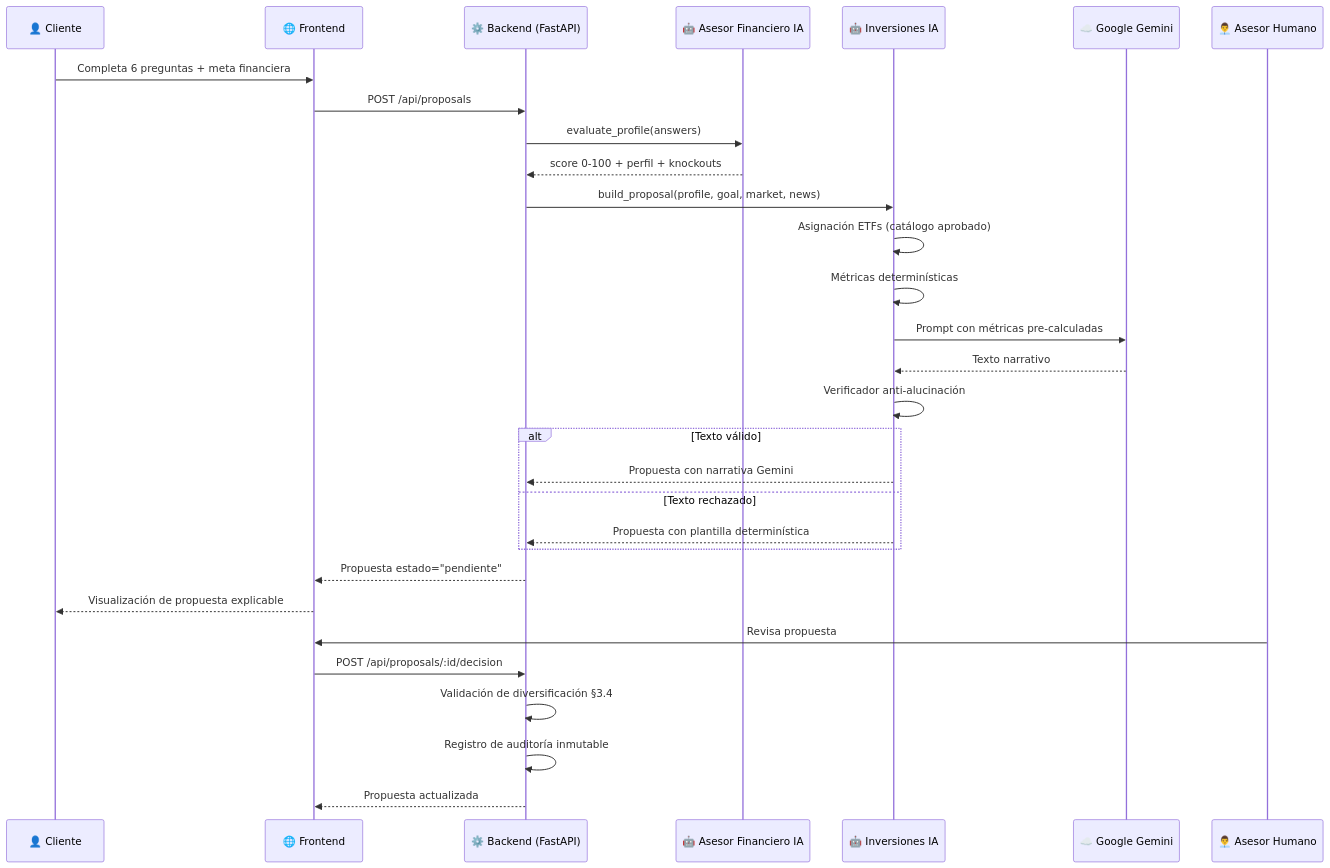
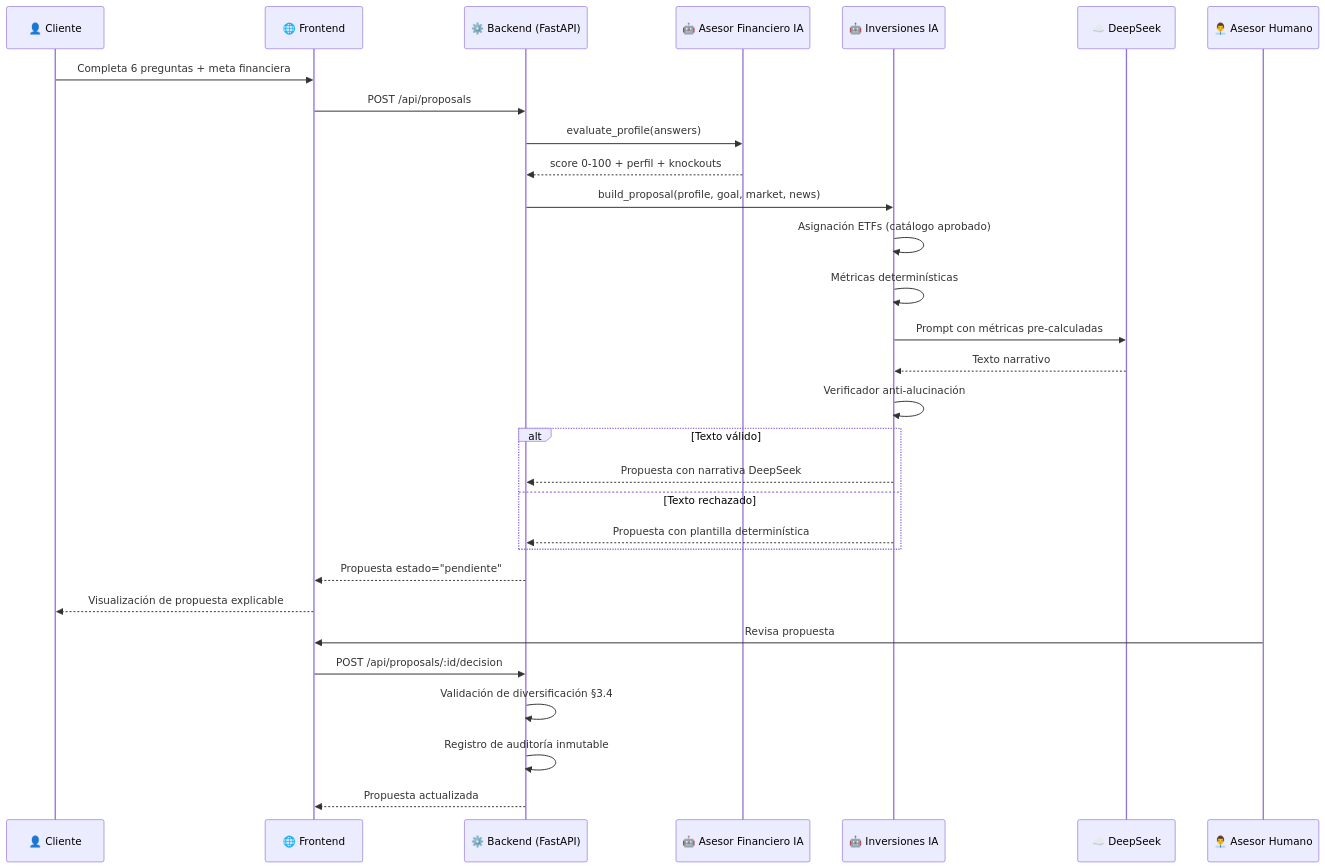
The second of 4 diagrams in DOCUMENTO_EXPLICATIVO.md (marcado993/retoIA-taws), drawn with Mermaid before and after one commit. The commit also changed other lines of this file and 20 other files, not shown here.

````diff
--- a/DOCUMENTO_EXPLICATIVO.md
+++ b/DOCUMENTO_EXPLICATIVO.md
@@ -86,36 +86,36 @@
 ```mermaid
 sequenceDiagram
     participant C as 👤 Cliente
     participant F as 🌐 Frontend
     participant B as ⚙️ Backend (FastAPI)
     participant A1 as 🤖 Asesor Financiero IA
     participant A2 as 🤖 Inversiones IA
-    participant G as ☁️ Google Gemini
+    participant G as ☁️ DeepSeek
     participant H as 👨‍💼 Asesor Humano
 
     C->>F: Completa 6 preguntas + meta financiera
     F->>B: POST /api/proposals
     B->>A1: evaluate_profile(answers)
     A1-->>B: score 0-100 + perfil + knockouts
 
     B->>A2: build_proposal(profile, goal, market, news)
     A2->>A2: Asignación ETFs (catálogo aprobado)
     A2->>A2: Métricas determinísticas
     A2->>G: Prompt con métricas pre-calculadas
     G-->>A2: Texto narrativo
     A2->>A2: Verificador anti-alucinación
     alt Texto válido
-        A2-->>B: Propuesta con narrativa Gemini
+        A2-->>B: Propuesta con narrativa DeepSeek
     else Texto rechazado
         A2-->>B: Propuesta con plantilla determinística
     end
 
     B-->>F: Propuesta estado="pendiente"
     F-->>C: Visualización de propuesta explicable
 
     H->>F: Revisa propuesta
     F->>B: POST /api/proposals/:id/decision
     B->>B: Validación de diversificación §3.4
     B->>B: Registro de auditoría inmutable
     B-->>F: Propuesta actualizada
 ```
````
